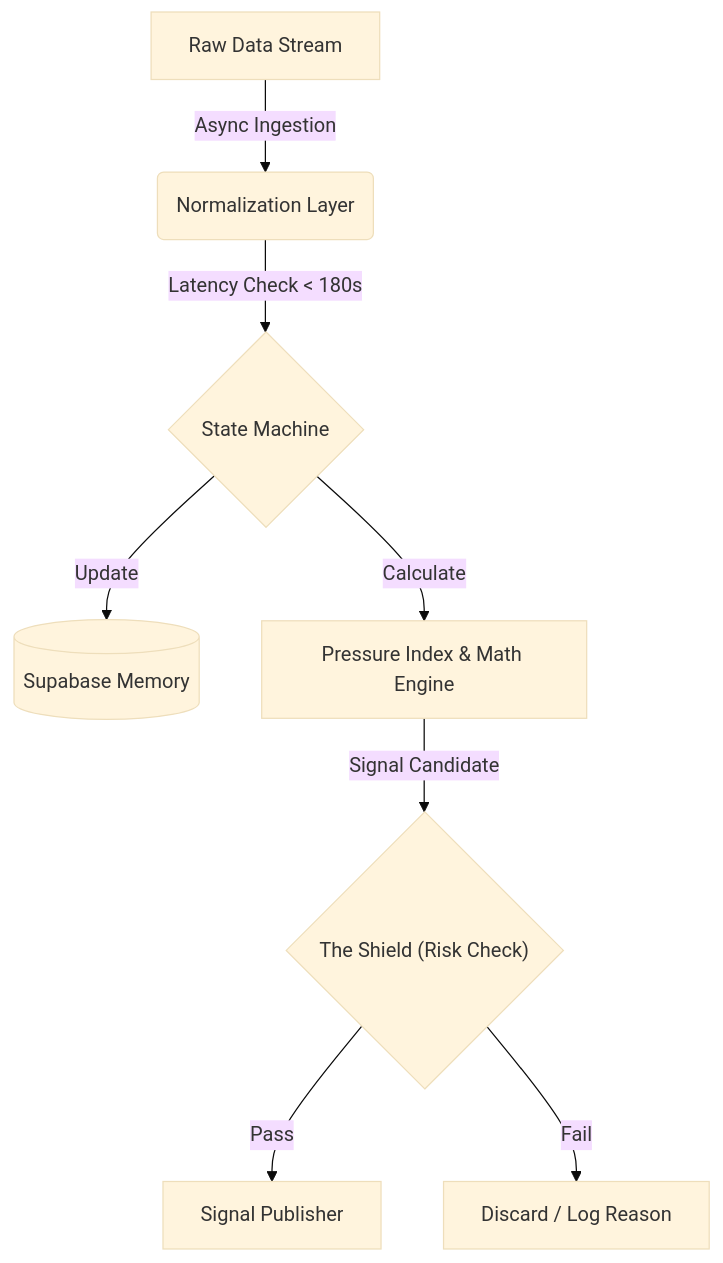
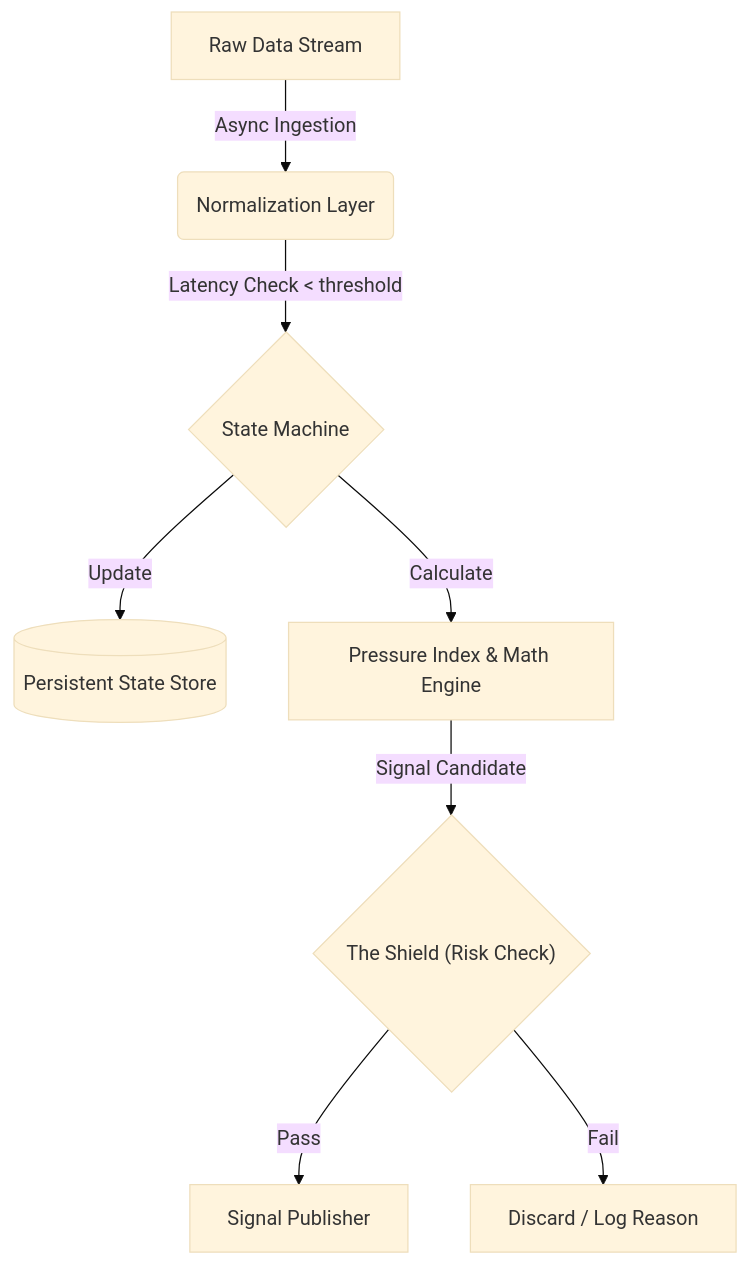
The diagram in ARCHITECTURE.md (oddsflowai-team/oddsflow-ai-football-value-signals), drawn with Mermaid (base theme) before and after one commit. The commit also changed other lines of this file, not shown here.

````diff
--- a/ARCHITECTURE.md
+++ b/ARCHITECTURE.md
@@ -71,11 +76,11 @@
 ```mermaid
 graph TD
-    A[Raw Data Stream] -->|Async Ingestion| B(Normalization Layer)
-    B -->|Latency Check < 180s| C{State Machine}
-    C -->|Update| D[(Supabase Memory)]
-    C -->|Calculate| E[Pressure Index & Math Engine]
-    E -->|Signal Candidate| F{"The Shield (Risk Check)"}
-    F -->|Pass| G[Signal Publisher]
-    F -->|Fail| H[Discard / Log Reason]
+  A[Raw Data Stream] -->|Async Ingestion| B(Normalization Layer)
+  B -->|Latency Check < threshold| C{State Machine}
+  C -->|Update| D[(Persistent State Store)]
+  C -->|Calculate| E[Pressure Index & Math Engine]
+  E -->|Signal Candidate| F{"The Shield (Risk Check)"}
+  F -->|Pass| G[Signal Publisher]
+  F -->|Fail| H[Discard / Log Reason]
 
 ```
````
